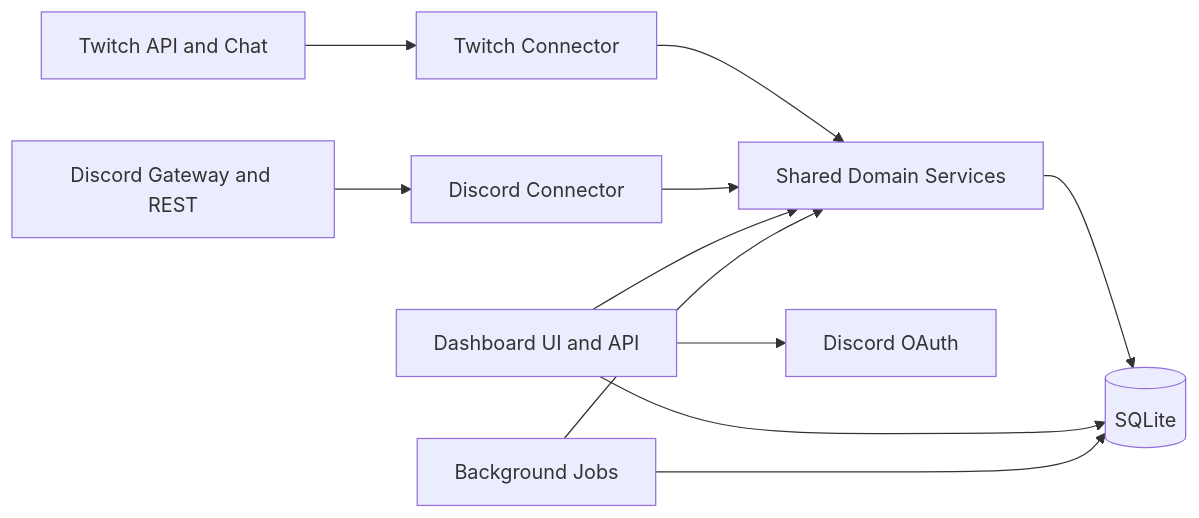
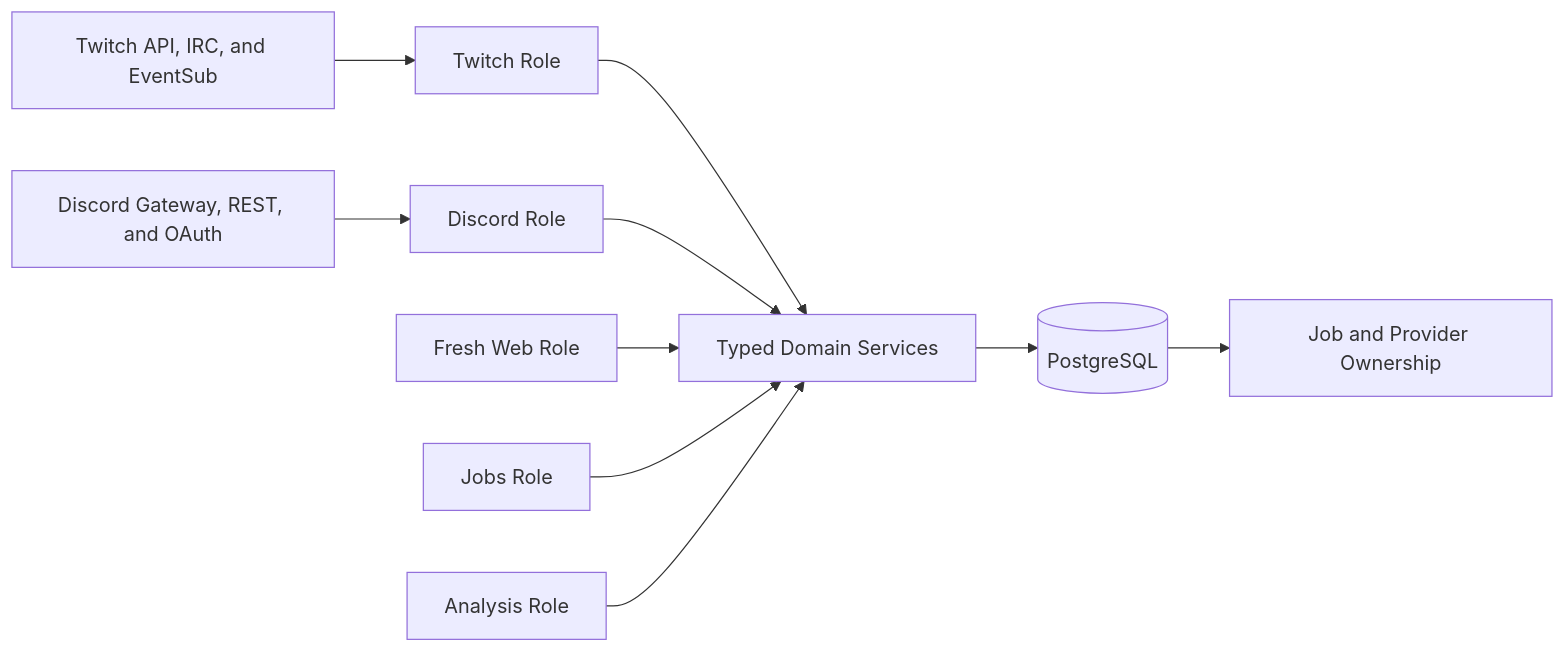
The first of 2 diagrams in docs/design.md (itsnotqwerty/qbot4k), drawn with Mermaid before and after one commit. The commit also changed other lines of this file and 304 other files, not shown here.

````diff
--- a/docs/design.md
+++ b/docs/design.md
@@ -34,13 +30,12 @@
 ```mermaid
 flowchart LR
-		Twitch[Twitch API and Chat] --> TW[Twitch Connector]
-		Discord[Discord Gateway and REST] --> DC[Discord Connector]
-		TW --> Domain[Shared Domain Services]
-		DC --> Domain
-		Domain --> DB[(SQLite)]
-		Web[Dashboard UI and API] --> Domain
-		Web --> DB
-		Jobs[Background Jobs] --> Domain
-		Jobs --> DB
-		Web --> OAuth[Discord OAuth]
+		Twitch[Twitch API, IRC, and EventSub] --> TR[Twitch Role]
+		Discord[Discord Gateway, REST, and OAuth] --> DR[Discord Role]
+		TR --> Domain[Typed Domain Services]
+		DR --> Domain
+		Web[Fresh Web Role] --> Domain
+		Jobs[Jobs Role] --> Domain
+		Analysis[Analysis Role] --> Domain
+		Domain --> DB[(PostgreSQL)]
+		DB --> Ownership[Job and Provider Ownership]
 ```
````
